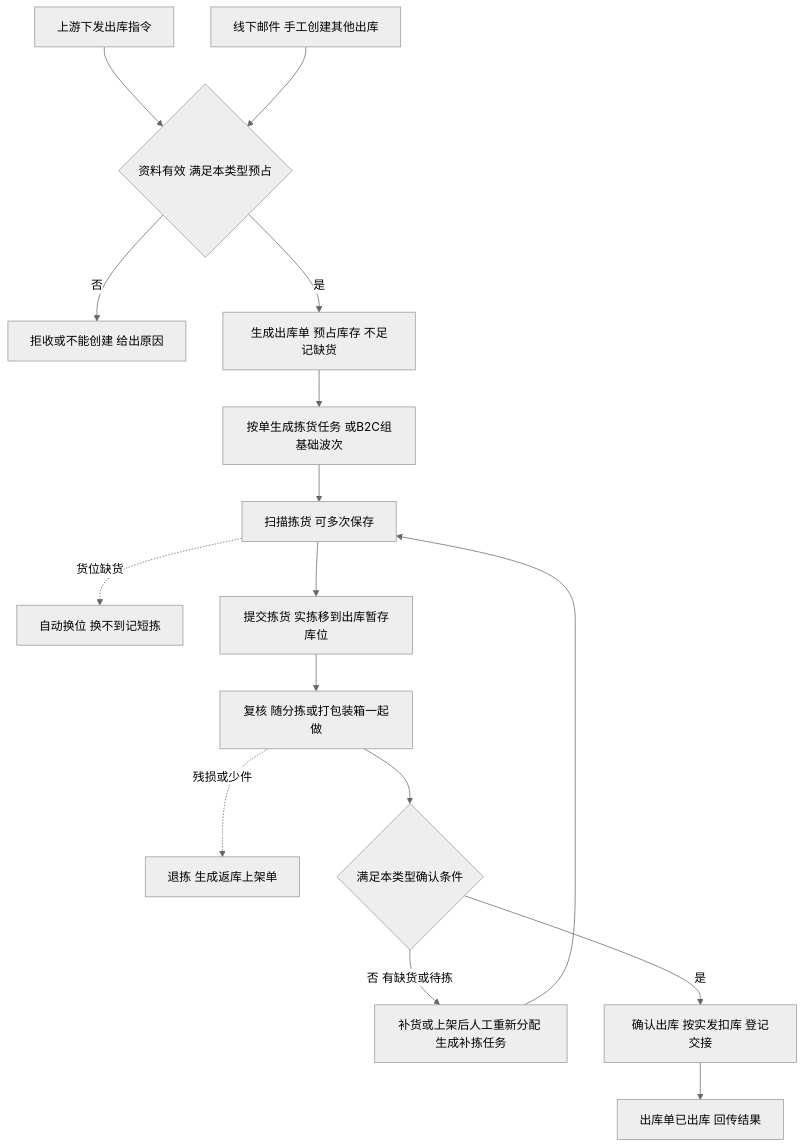
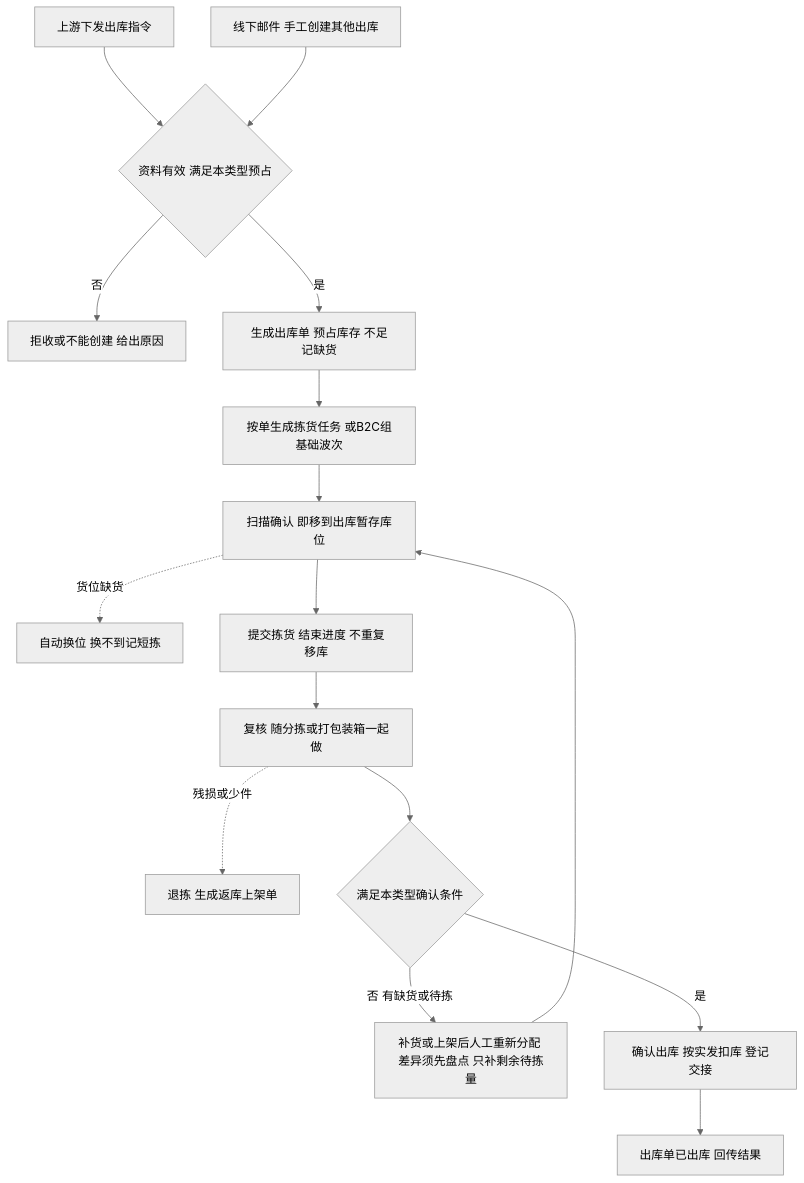
The fourth of 4 diagrams in 01-全局背景信息/05-出库模块宏观系统架构.md (TopVitamin/QS-WMS-Project), drawn with Mermaid (neutral theme) before and after one commit. The commit also changed other lines of this file and 281 other files, not shown here.

````diff
--- a/01-全局背景信息/05-出库模块宏观系统架构.md
+++ b/01-全局背景信息/05-出库模块宏观系统架构.md
@@ -285,18 +332,18 @@
 ```mermaid
 flowchart TD
     A["上游下发出库指令"] --> B{"资料有效 满足本类型预占"}
     A2["线下邮件 手工创建其他出库"] --> B
     B -->|否| B1["拒收或不能创建 给出原因"]
     B -->|是| C["生成出库单 预占库存 不足记缺货"]
     C --> D["按单生成拣货任务 或B2C组基础波次"]
-    D --> E["扫描拣货 可多次保存"]
+    D --> E["扫描确认 即移到出库暂存库位"]
     E -.->|货位缺货| E1["自动换位 换不到记短拣"]
-    E --> F["提交拣货 实拣移到出库暂存库位"]
+    E --> F["提交拣货 结束进度 不重复移库"]
     F --> G["复核 随分拣或打包装箱一起做"]
     G -.->|残损或少件| G1["退拣 生成返库上架单"]
     G --> H{"满足本类型确认条件"}
-    H -->|否 有缺货或待拣| J["补货或上架后人工重新分配 生成补拣任务"]
+    H -->|否 有缺货或待拣| J["补货或上架后人工重新分配 差异须先盘点 只补剩余待拣量"]
     J --> E
     H -->|是| K["确认出库 按实发扣库 登记交接"]
     K --> L["出库单已出库 回传结果"]
 ```
````
